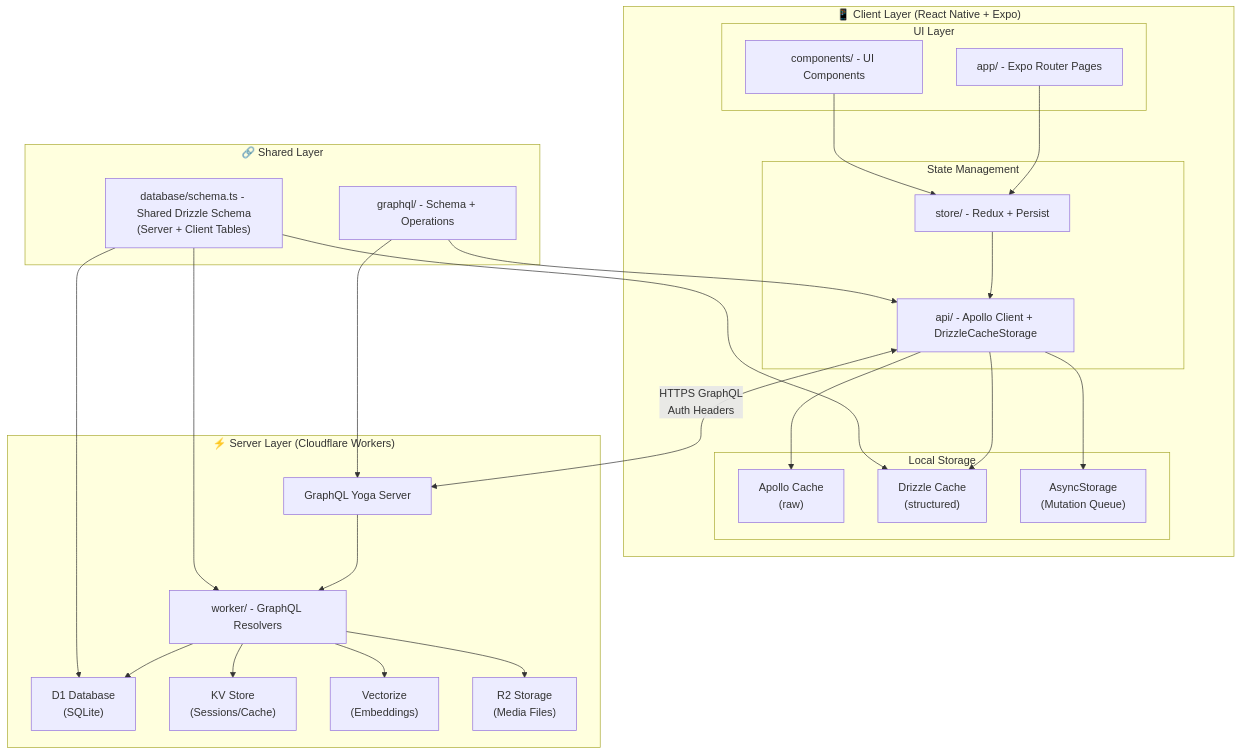
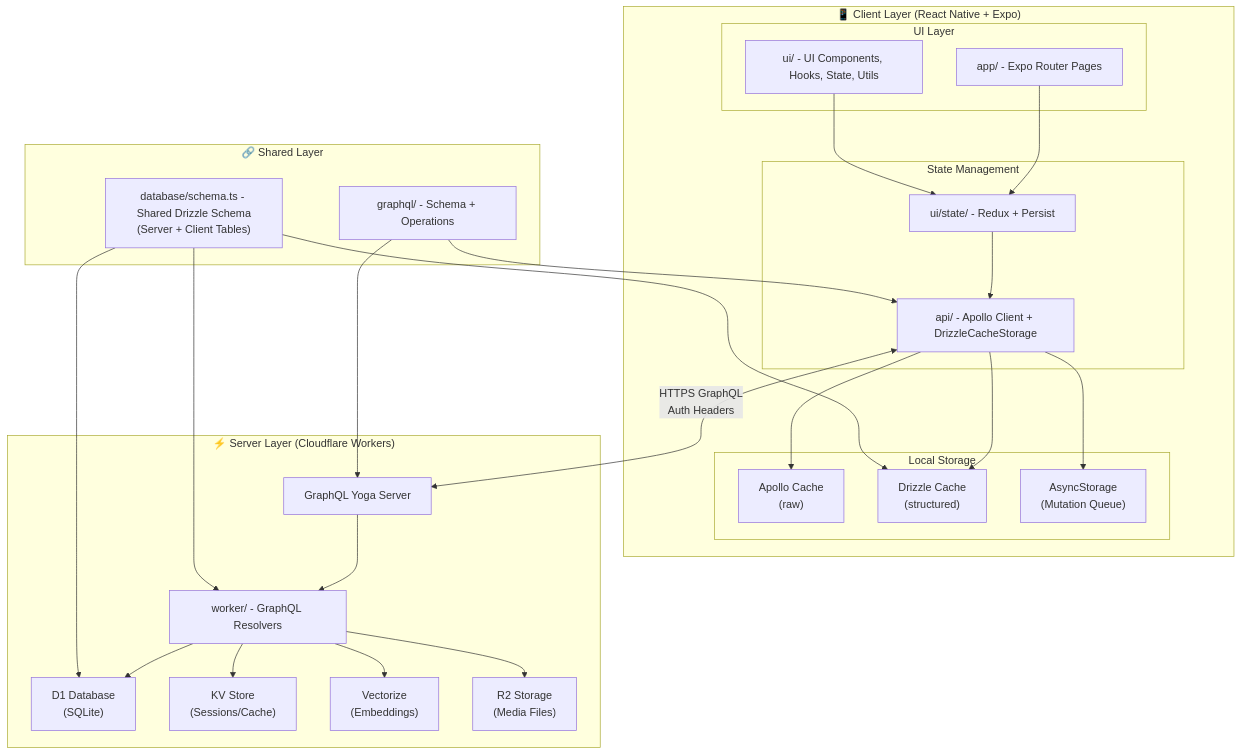
Before and after one commit to mehotkhan/safarnak.app: the first of 11 diagrams in README.md, drawn with Mermaid. The commit also changed other lines of this file and 2 other files, not shown here.

````diff
--- a/README.md
+++ b/README.md
@@ -68,50 +68,50 @@
 ```mermaid
 flowchart TB
   subgraph Client["📱 Client Layer (React Native + Expo)"]
     subgraph UI["UI Layer"]
       A["app/ - Expo Router Pages"]
-      B["components/ - UI Components"]
+      B["ui/ - UI Components, Hooks, State, Utils"]
     end
     subgraph State["State Management"]
-      C["store/ - Redux + Persist"]
+      C["ui/state/ - Redux + Persist"]
       D["api/ - Apollo Client + DrizzleCacheStorage"]
     end
     subgraph Local["Local Storage"]
       E["Apollo Cache<br/>(raw)"]
       F["Drizzle Cache<br/>(structured)"]
       G["AsyncStorage<br/>(Mutation Queue)"]
     end
   end
 
   subgraph Shared["🔗 Shared Layer"]
     H["graphql/ - Schema + Operations"]
     I["database/schema.ts - Shared Drizzle Schema<br/>(Server + Client Tables)"]
   end
 
   subgraph Worker["⚡ Server Layer (Cloudflare Workers)"]
     J["worker/ - GraphQL Resolvers"]
     K["GraphQL Yoga Server"]
     L["D1 Database<br/>(SQLite)"]
     M["KV Store<br/>(Sessions/Cache)"]
     N["Vectorize<br/>(Embeddings)"]
     O["R2 Storage<br/>(Media Files)"]
   end
 
   A --> C
   B --> C
   C --> D
   D --> E
   D --> F
   D --> G
   D <-->|HTTPS GraphQL<br/>Auth Headers| K
   K --> J
   J --> L
   J --> M
   J --> N
   J --> O
   H --> D
   H --> K
   I --> F
   I --> L
   I --> J
 ```
````
